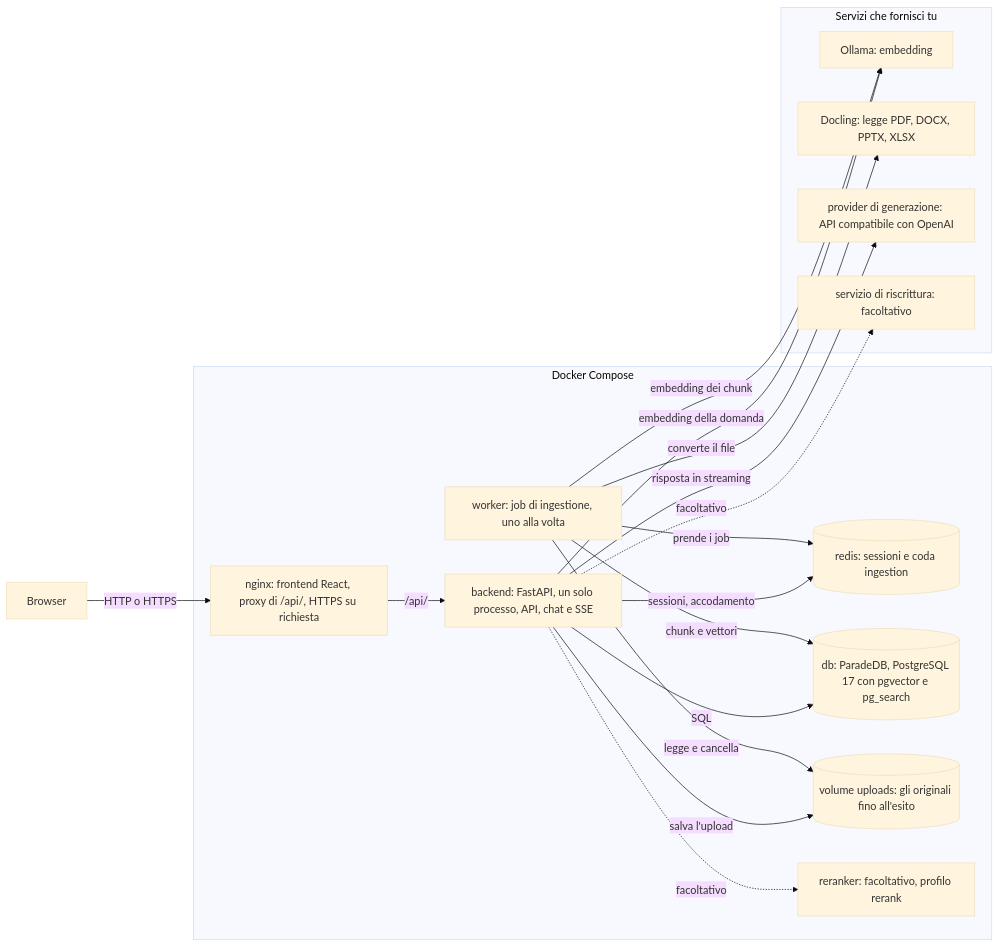
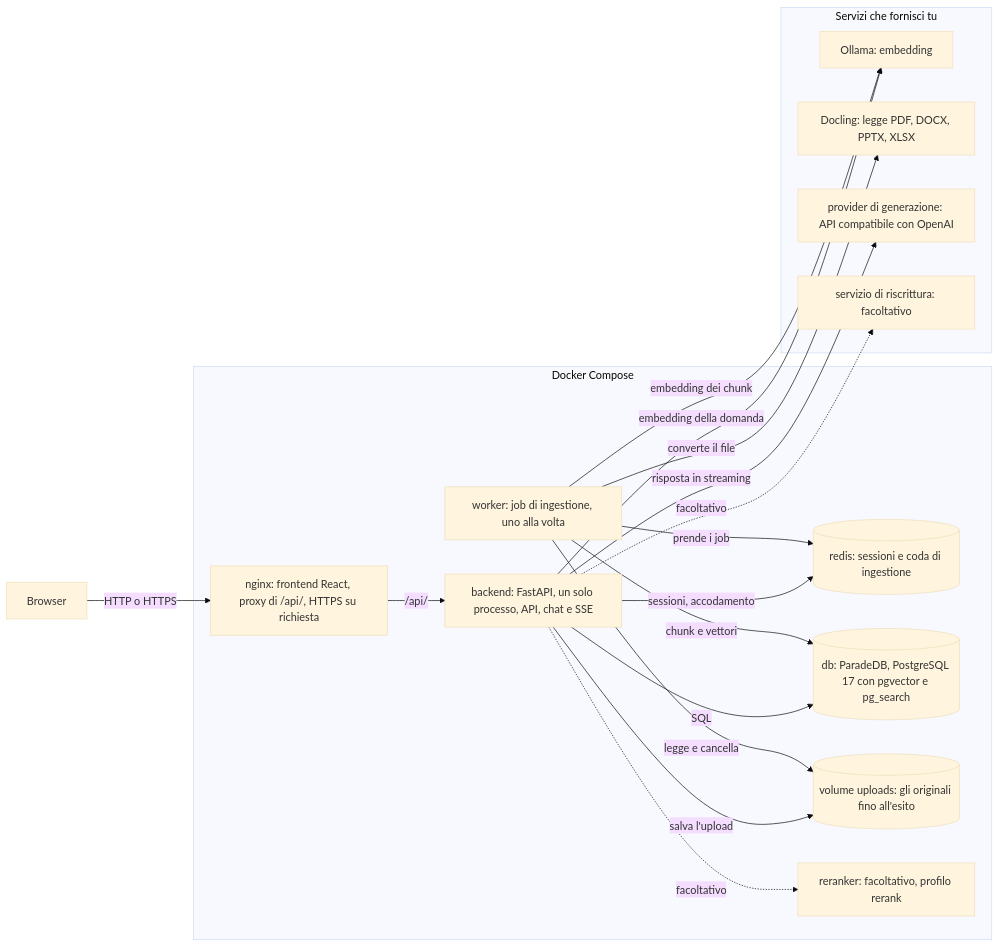
One commit to jumping2000/advancedRAG changed the diagram in docs/guide/it/architecture.md. Above: the diagram before and after it, drawn with Mermaid (base theme). The commit also changed other lines of this file and 1 other file, not shown here.

First line of the commit message:
T-04: review fixes of the architecture guide (Never list, locked-test rule, ports, Italian wording)

````diff
--- a/docs/guide/it/architecture.md
+++ b/docs/guide/it/architecture.md
@@ -15,33 +15,33 @@
 ```mermaid
 flowchart LR
     browser["Browser"]
     subgraph compose["Docker Compose"]
         nginx["nginx: frontend React, proxy di /api/, HTTPS su richiesta"]
         backend["backend: FastAPI, un solo processo, API, chat e SSE"]
         worker["worker: job di ingestione, uno alla volta"]
-        redis[("redis: sessioni e coda ingestion")]
+        redis[("redis: sessioni e coda di ingestione")]
         db[("db: ParadeDB, PostgreSQL 17 con pgvector e pg_search")]
         uploads[("volume uploads: gli originali fino all'esito")]
         reranker["reranker: facoltativo, profilo rerank"]
     end
     subgraph external["Servizi che fornisci tu"]
         ollama["Ollama: embedding"]
         docling["Docling: legge PDF, DOCX, PPTX, XLSX"]
         generation["provider di generazione: API compatibile con OpenAI"]
         rewrite["servizio di riscrittura: facoltativo"]
     end
     browser -->|"HTTP o HTTPS"| nginx
     nginx -->|"/api/"| backend
     backend -->|"SQL"| db
     backend -->|"sessioni, accodamento"| redis
     backend -->|"salva l'upload"| uploads
     backend -->|"embedding della domanda"| ollama
     backend -->|"risposta in streaming"| generation
     backend -.->|"facoltativo"| rewrite
     backend -.->|"facoltativo"| reranker
     worker -->|"prende i job"| redis
     worker -->|"chunk e vettori"| db
     worker -->|"legge e cancella"| uploads
     worker -->|"converte il file"| docling
     worker -->|"embedding dei chunk"| ollama
 ```
````
